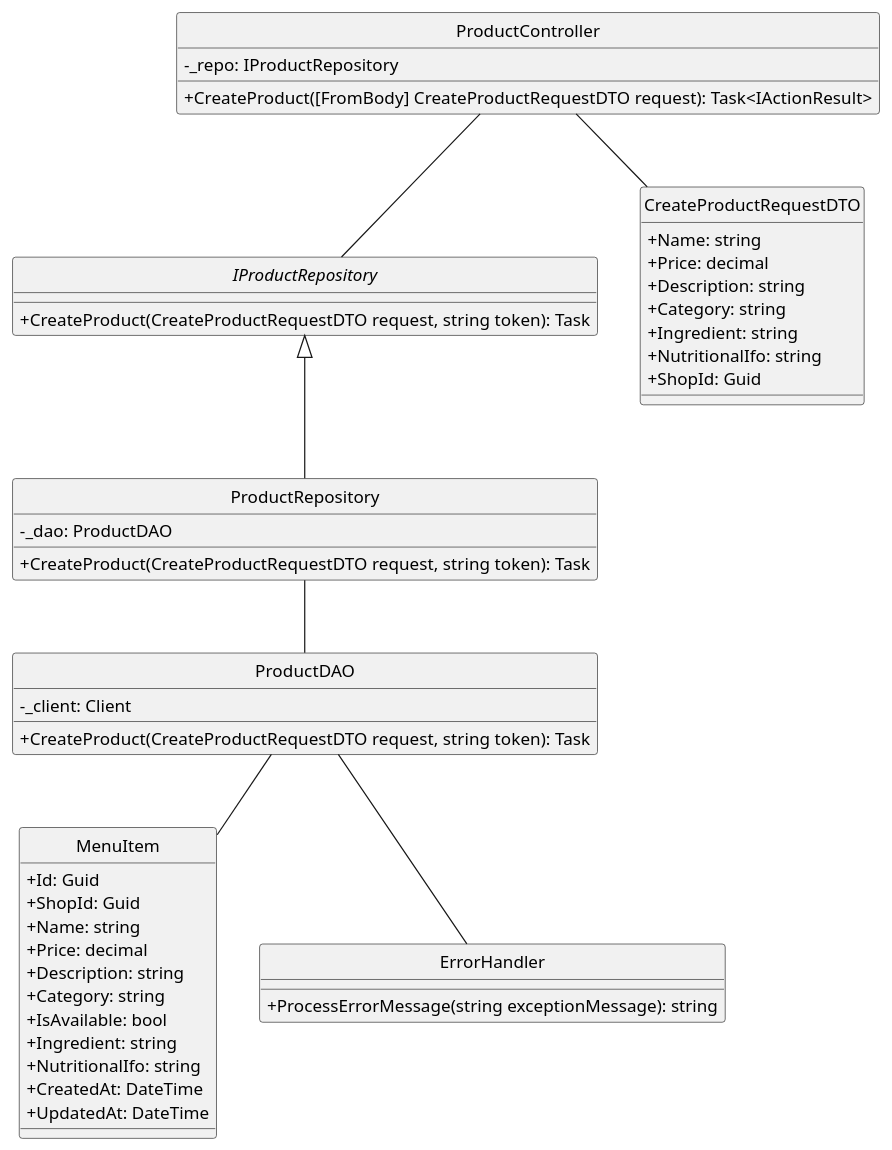
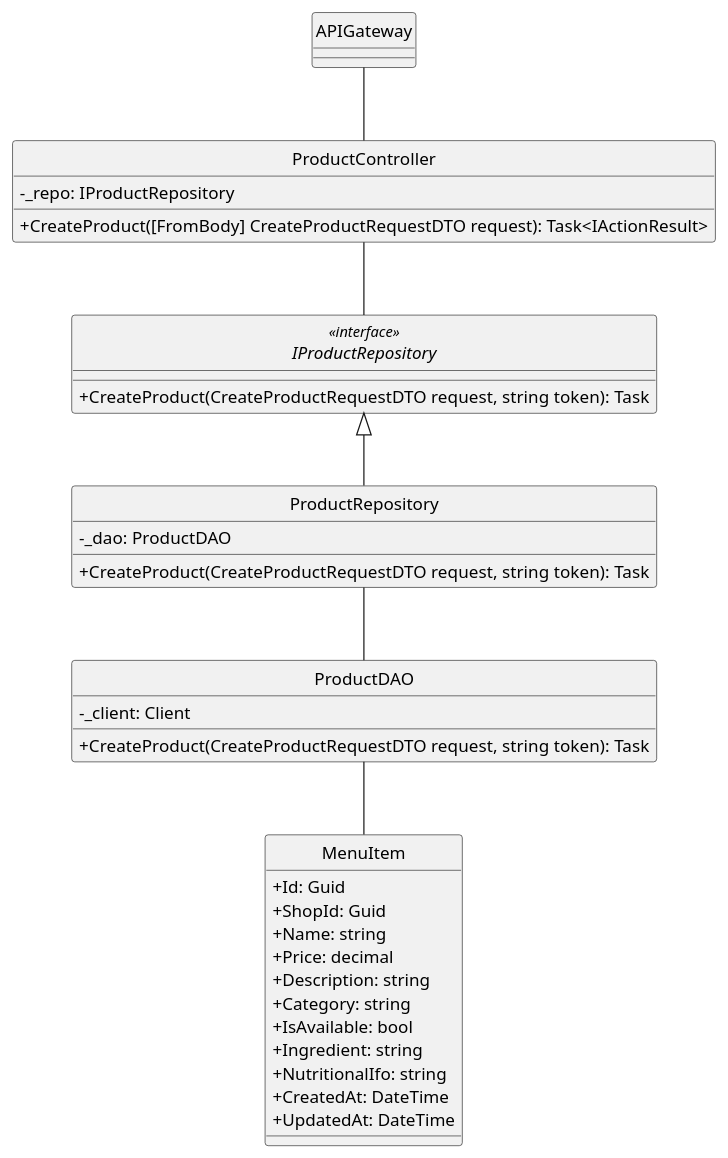
Before and after one commit to minhnhut23/FPT-OBOMS: the diagram in docs/ClassDiagram/Product/CreateProduct.plantuml, drawn with PlantUML. The commit also changed 86 other files, not shown here.

Commit message:
update 6 class-diagram

```diff
--- a/docs/ClassDiagram/Product/CreateProduct.plantuml
+++ b/docs/ClassDiagram/Product/CreateProduct.plantuml
@@ -1,68 +1,47 @@
 @startuml
 hide circle
 skinparam classAttributeIconSize 0
 
-' Controller exposing the CreateProduct endpoint
+class APIGateway {
+}
+
 class ProductController {
     - _repo: IProductRepository
     + CreateProduct([FromBody] CreateProductRequestDTO request): Task<IActionResult>
 }
 
-' Repository interface declaring CreateProduct
-interface IProductRepository {
+interface IProductRepository<<interface>> {
     + CreateProduct(CreateProductRequestDTO request, string token): Task
 }
 
-' Repository implementation that delegates to the DAO
 class ProductRepository {
     - _dao: ProductDAO
     + CreateProduct(CreateProductRequestDTO request, string token): Task
 }
 
-' Data Access Object handling the database interaction
 class ProductDAO {
     - _client: Client
     + CreateProduct(CreateProductRequestDTO request, string token): Task
 }
 
-' Data Transfer Object carrying product details for creation
-class CreateProductRequestDTO {
-    + Name: string
-    + Price: decimal
-    + Description: string
-    + Category: string
-    + Ingredient: string
-    + NutritionalIfo: string
-    + ShopId: Guid
-}
-
-' Domain model representing a product in the system
 class MenuItem {
     + Id: Guid
     + ShopId: Guid
     + Name: string
     + Price: decimal
     + Description: string
     + Category: string
     + IsAvailable: bool
     + Ingredient: string
     + NutritionalIfo: string
     + CreatedAt: DateTime
     + UpdatedAt: DateTime
 }
 
-' Utility class for error handling
-class ErrorHandler {
-    + ProcessErrorMessage(string exceptionMessage): string
-}
-
-' Relationships
-ProductController -- IProductRepository
-ProductController -- CreateProductRequestDTO
+APIGateway -- ProductController
+ProductController -- IProductRepository 
 IProductRepository <|-- ProductRepository
 ProductRepository -- ProductDAO
-
-ProductDAO -- ErrorHandler
 ProductDAO -- MenuItem
 
 @enduml
```
